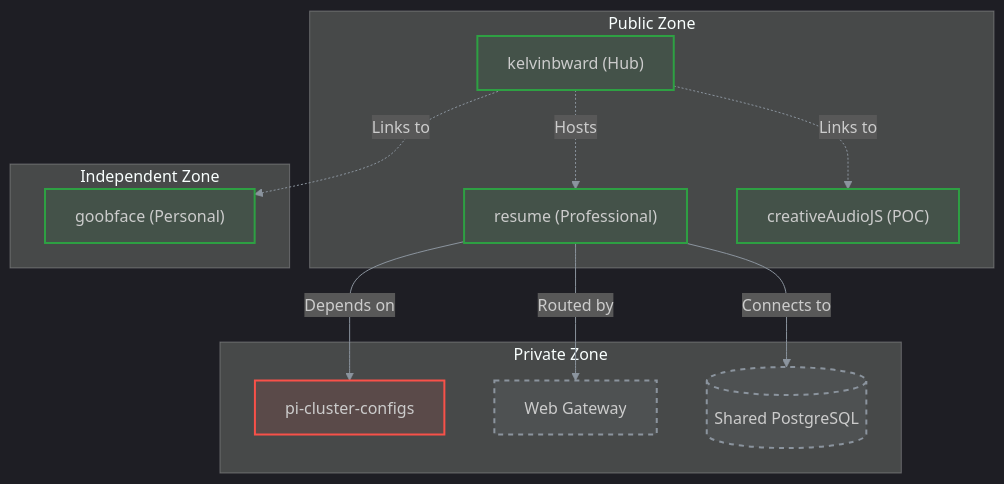
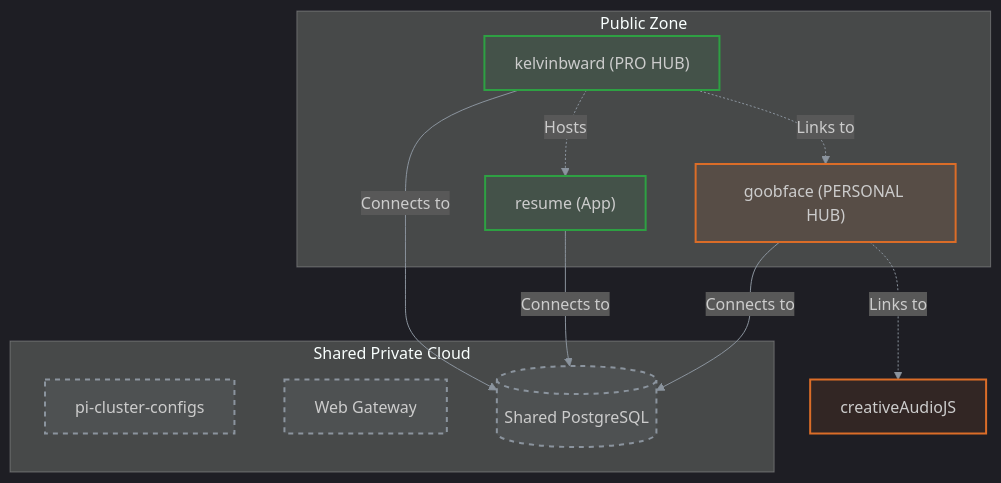
The diagram in README.md (kelvinbward/kelvinbward), drawn with Mermaid before and after one commit. The commit also changed other lines of this file and 31 other files, not shown here.

````diff
--- a/README.md
+++ b/README.md
@@ -19,38 +19,33 @@
 ```mermaid
 %%{init: {'theme': 'dark', 'themeVariables': { 'lineColor': '#8b949e' }}}%%
 graph TD
     subgraph Public["Public Zone"]
-        KBW["kelvinbward (Hub)"]
-        RES["resume (Professional)"]
-        CAJS["creativeAudioJS (POC)"]
+        KBW["kelvinbward (PRO HUB)"]
+        GOOB["goobface (PERSONAL HUB)"]
+        RES["resume (App)"]
     end
     
-    subgraph Independent["Independent Zone"]
-        GOOB["goobface (Personal)"]
-    end
-
-    subgraph Private["Private Zone"]
+    subgraph Infrastructure["Shared Private Cloud"]
         PCC[pi-cluster-configs]
         WG["Web Gateway"]
         DB[(Shared PostgreSQL)]
     end
 
     %% Network Connections
-    RES -->|Depends on| PCC
+    KBW -->|Connects to| DB
     RES -->|Connects to| DB
-    RES -->|Routed by| WG
+    GOOB -->|Connects to| DB
     
     %% Relationships
     KBW -.->|Hosts| RES
     KBW -.->|Links to| GOOB
-    KBW -.->|Links to| CAJS
-
-    %% Using 8-digit hex for transparency to avoid rgba() parser errors
-    classDef public stroke:#2ea043,stroke-width:2px,fill:#2ea0431a;
-    classDef private stroke:#f85149,stroke-width:2px,fill:#f851491a;
+    GOOB -.->|Links to| CAJS["creativeAudioJS"]
+    
+    classDef pro stroke:#2ea043,stroke-width:2px,fill:#2ea0431a;
+    classDef creative stroke:#db6d28,stroke-width:2px,fill:#db6d281a;
     classDef infra stroke:#8b949e,stroke-width:2px,fill:#8b949e1a,stroke-dasharray: 5 5;
 
-    class KBW,RES,GOOB,CAJS public;
-    class PCC private;
-    class WG,DB infra;
+    class KBW,RES pro;
+    class GOOB,CAJS creative;
+    class PCC,WG,DB infra;
 ```
````
